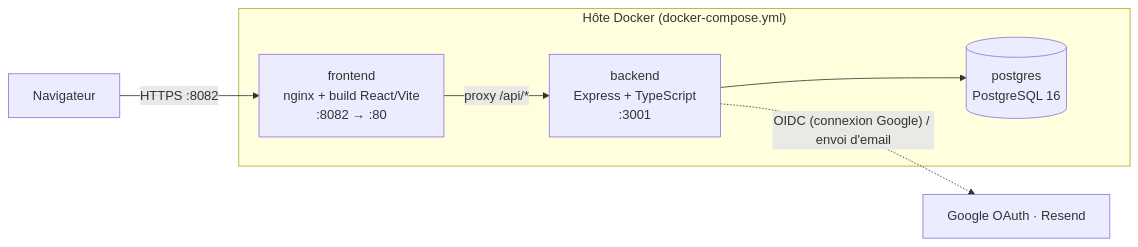
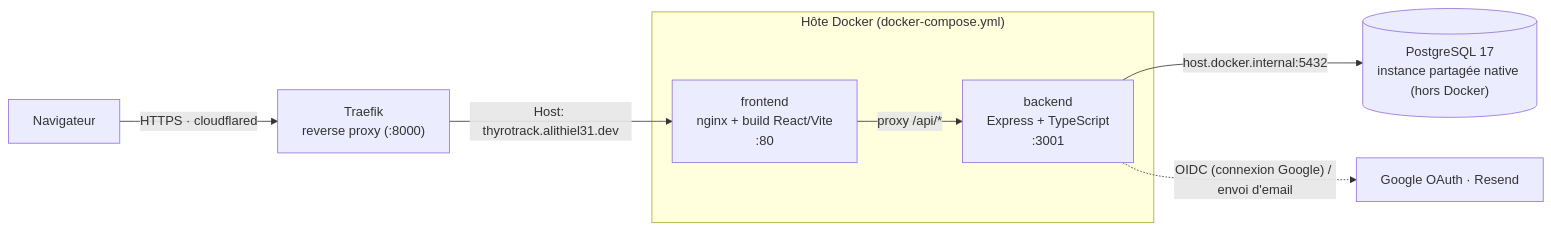
One commit to Alithiel31/ThyFollow changed the diagram in README.md. Above: the diagram before and after it, drawn with Mermaid. The commit also changed other lines of this file and 5 other files, not shown here.

Commit message:
infra: bascule Postgres partagé + Traefik sur le Pi

````diff
--- a/README.md
+++ b/README.md
@@ -40,17 +40,19 @@
 ```mermaid
 flowchart LR
     UI["Navigateur"]
+    TR["Traefik<br/>reverse proxy (:8000)"]
 
     subgraph Host["Hôte Docker (docker-compose.yml)"]
-        FE["frontend<br/>nginx + build React/Vite<br/>:8082 → :80"]
+        FE["frontend<br/>nginx + build React/Vite<br/>:80"]
         BE["backend<br/>Express + TypeScript<br/>:3001"]
-        DB[("postgres<br/>PostgreSQL 16")]
         FE -- "proxy /api/*" --> BE
-        BE --> DB
     end
 
+    DB[("PostgreSQL 17<br/>instance partagée native (hors Docker)")]
     EXT["Google OAuth · Resend"]
 
-    UI -- "HTTPS :8082" --> FE
+    UI -- "HTTPS · cloudflared" --> TR
+    TR -- "Host: thyrotrack.alithiel31.dev" --> FE
+    BE -- "host.docker.internal:5432" --> DB
     BE -. "OIDC (connexion Google) / envoi d'email" .-> EXT
 ```
````
